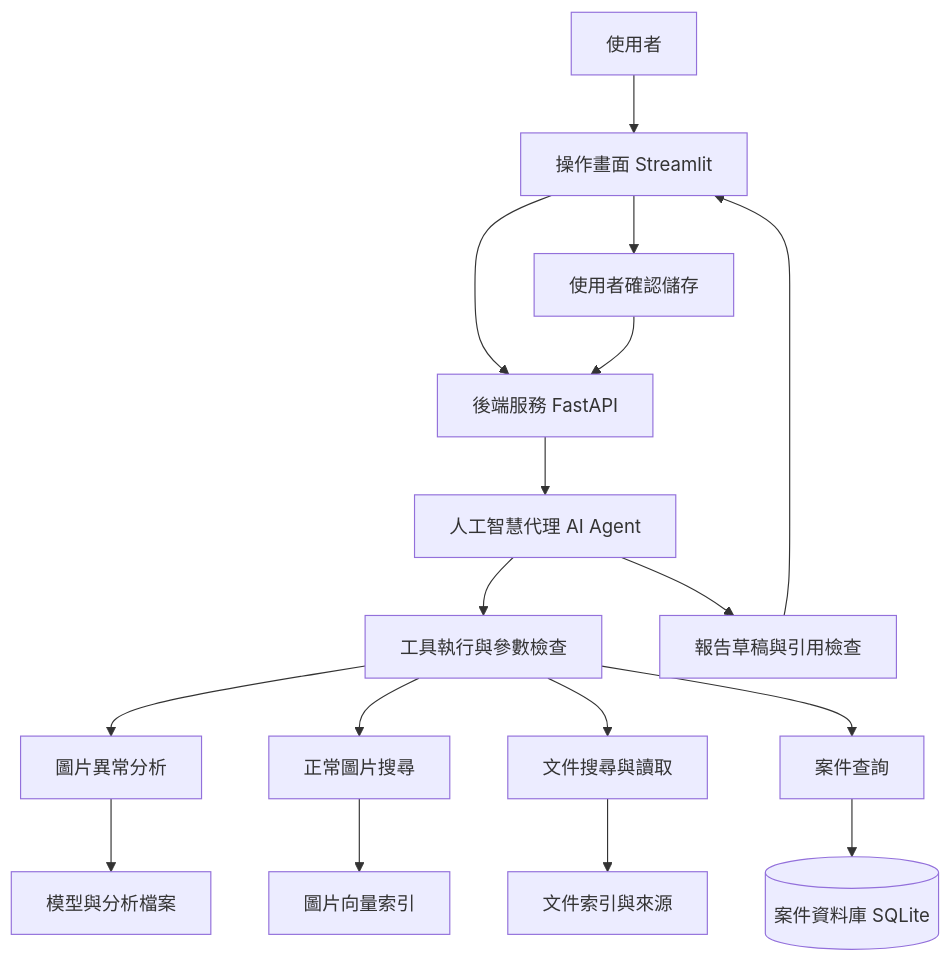
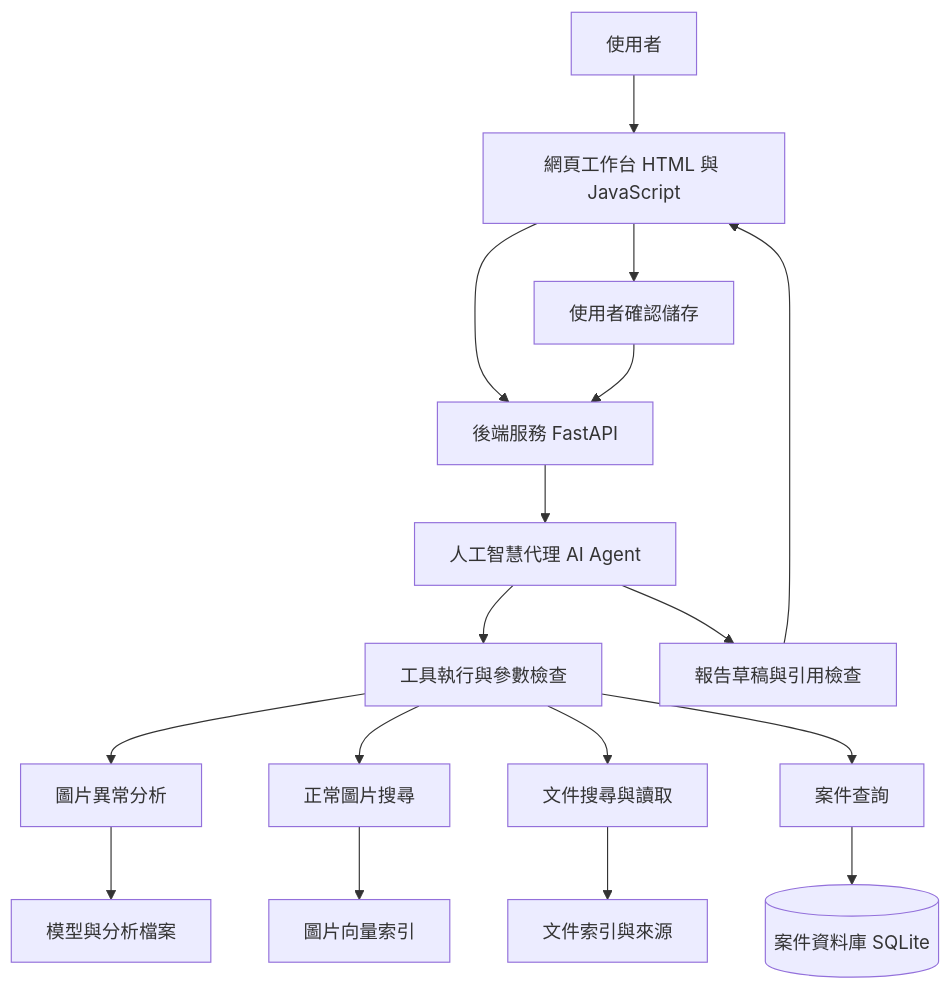
One commit to chelsietao/InspectRAG-Agent changed the diagram in README.md. Above: the diagram before and after it, drawn with Mermaid. The commit also changed other lines of this file and 15 other files, not shown here.

````diff
--- a/README.md
+++ b/README.md
@@ -208,19 +218,19 @@
 ```mermaid
 flowchart TD
-    U[使用者] --> UI[操作畫面 Streamlit]
+    U[使用者] --> UI[網頁工作台 HTML 與 JavaScript]
     UI --> API[後端服務 FastAPI]
     API --> AG[人工智慧代理 AI Agent]
     AG --> TOOL[工具執行與參數檢查]
     TOOL --> CV[圖片異常分析]
     TOOL --> IMG[正常圖片搜尋]
     TOOL --> DOC[文件搜尋與讀取]
     TOOL --> CASE[案件查詢]
     CV --> FILE[模型與分析檔案]
     IMG --> VI[圖片向量索引]
     DOC --> TI[文件索引與來源]
     CASE --> DB[(案件資料庫 SQLite)]
     AG --> REPORT[報告草稿與引用檢查]
     REPORT --> UI
     UI --> SAVE[使用者確認儲存]
     SAVE --> API
 ```
````
